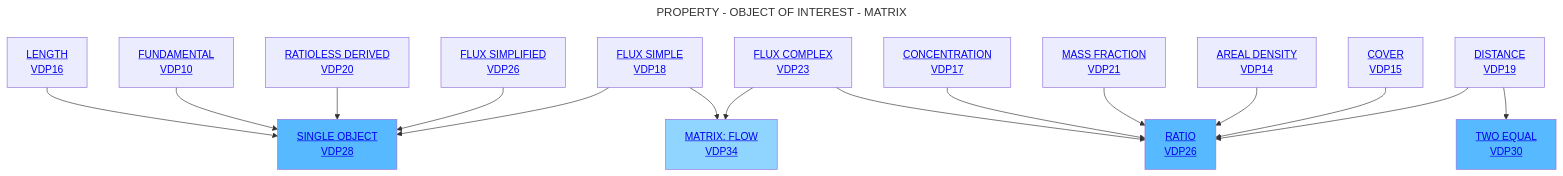
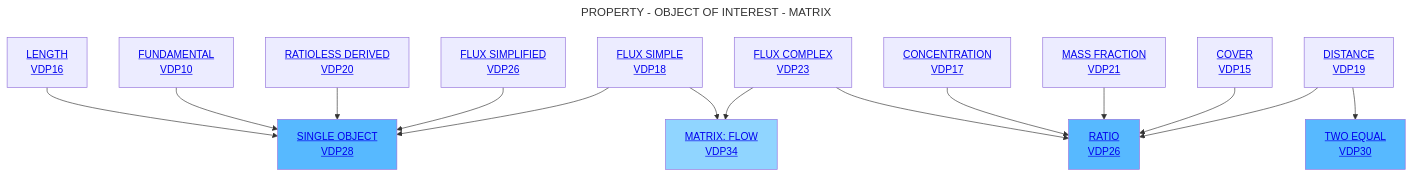
One commit to mabablue/I-ADOPT-patterns-playground changed the diagram in Decisition_trees/DT6.mmd. Above: the diagram before and after it, drawn with Mermaid.

```diff
--- a/Decisition_trees/DT6.mmd
+++ b/Decisition_trees/DT6.mmd
@@ -1,21 +1,20 @@
 ---
 title: PROPERTY - OBJECT OF INTEREST - MATRIX
 ---
 flowchart TD
     A[<a href='https://github.com/mabablue/I-ADOPT-patterns-playground/blob/main/pattern/VDP16.yaml'>LENGTH <br> VDP16</a>] --> C[<a href='https://github.com/mabablue/I-ADOPT-patterns-playground/blob/main/pattern/VDP28.yaml'>SINGLE OBJECT <br> VDP28</a>]:::satblue
     B[<a href='https://github.com/mabablue/I-ADOPT-patterns-playground/blob/main/pattern/VDP10.yaml'>FUNDAMENTAL <br> VDP10</a>]  --> C
     D[<a href='https://github.com/mabablue/I-ADOPT-patterns-playground/blob/main/pattern/VDP20.yaml'>RATIOLESS DERIVED <br> VDP20</a>] --> C
     E[<a href='https://github.com/mabablue/I-ADOPT-patterns-playground/blob/main/pattern/VDP20.yaml'>FLUX SIMPLIFIED <br> VDP26</a>] --> C
     I[<a href='https://github.com/mabablue/I-ADOPT-patterns-playground/blob/main/pattern/VDP23.yaml'>FLUX COMPLEX <br> VDP23</a>] --> F  
     M[<a href='https://github.com/mabablue/I-ADOPT-patterns-playground/blob/main/pattern/VDP17.yaml'>CONCENTRATION <br> VDP17</a>] --> F
     L[<a href='https://github.com/mabablue/I-ADOPT-patterns-playground/blob/main/pattern/VDP21.yaml'>MASS FRACTION <br> VDP21</a>] --> F[<a href='https://github.com/mabablue/I-ADOPT-patterns-playground/blob/main/pattern/VDP26.yaml'>RATIO <br> VDP26</a>]:::satblue
     Q[<a href='https://github.com/mabablue/I-ADOPT-patterns-playground/blob/main/pattern/VDP18.yaml'>FLUX SIMPLE <br> VDP18</a>] --> C
-    O[<a href='https://github.com/mabablue/I-ADOPT-patterns-playground/blob/main/pattern/VDP14.yaml'>AREAL DENSITY <br> VDP14</a>] --> F
     P[<a href='https://github.com/mabablue/I-ADOPT-patterns-playground/blob/main/pattern/VDP15.yaml'>COVER <br> VDP15</a>] --> F
     Q --> K[<a href='https://github.com/mabablue/I-ADOPT-patterns-playground/blob/main/pattern/VDP34.yaml'>MATRIX: FLOW <br> VDP34</a>]:::blue
     G[<a href='https://github.com/mabablue/I-ADOPT-patterns-playground/blob/main/pattern/VDP23.yaml'>DISTANCE <br> VDP19</a>] --> F 
     G --> R[<a href='https://github.com/mabablue/I-ADOPT-patterns-playground/blob/main/pattern/VDP30.yaml'>TWO EQUAL <br> VDP30</a>]:::satblue
     I --> K
 
    classDef blue fill:#90D5FF
    classDef satblue fill:#57B9FF
```
